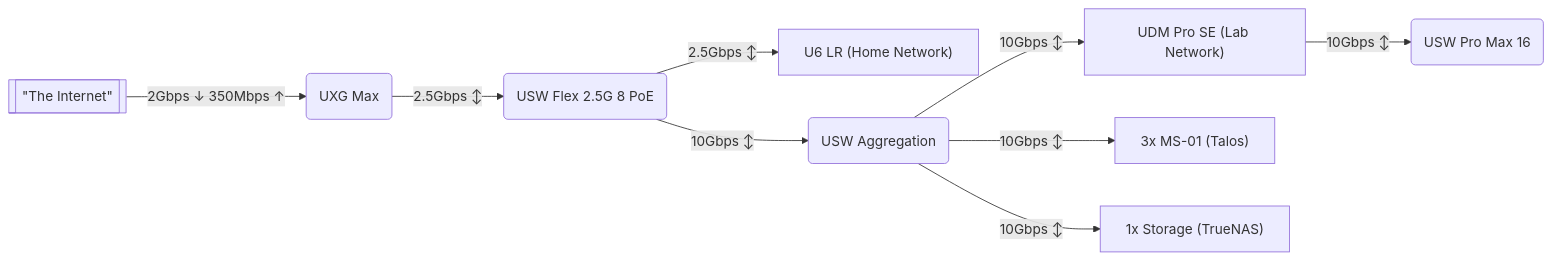
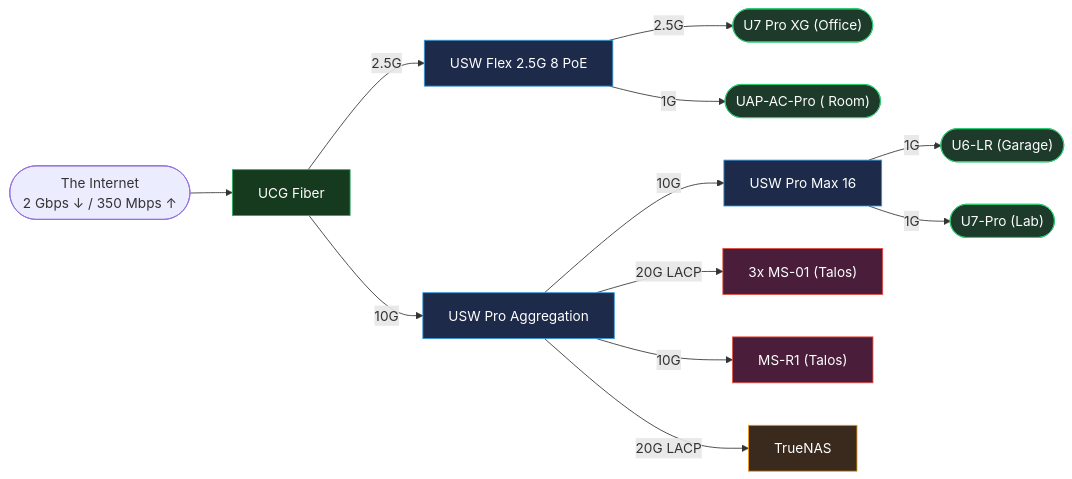
The diagram in README.md (waifulabs/infrastructure), drawn with Mermaid before and after one commit.

````diff
--- a/README.md
+++ b/README.md
@@ -73,11 +73,25 @@
 ```mermaid
 flowchart LR
-    A[["#quot;The Internet#quot;"]] -- 2Gbps ↓ 350Mbps  ↑ --> B("UXG Max");
-    B -- 2.5Gbps ↕ --> C("USW Flex 2.5G 8 PoE")
-    C -- 2.5Gbps ↕ --> D["U6 LR (Home Network)"]
-    C -- 10Gbps ↕ --> E("USW Aggregation")
-    E -- 10Gbps ↕ --> F["UDM Pro SE (Lab Network)"]
-    F -- 10Gbps ↕ --> G("USW Pro Max 16")
-    E -- 10Gbps ↕ --> H["3x MS-01 (Talos)"]
-    E -- 10Gbps ↕ --> I["1x Storage (TrueNAS)"]
+    classDef gateway fill:#163a1e,stroke:#27ae60,color:#fff
+    classDef switch fill:#1e2a4a,stroke:#3498db,color:#fff
+    classDef compute fill:#4a1e3a,stroke:#e74c3c,color:#fff
+    classDef storage fill:#3a2a1e,stroke:#f39c12,color:#fff
+    classDef ap fill:#1e3a2a,stroke:#2ecc71,color:#fff
+
+    Internet(["The Internet\n2 Gbps ↓ / 350 Mbps ↑"])
+
+    Internet --> UCG["UCG Fiber"]:::gateway
+    UCG -- 2.5G --> FLEX["USW Flex 2.5G 8 PoE"]:::switch
+    UCG -- 10G --> AGG["USW Pro Aggregation"]:::switch
+
+    FLEX -- 2.5G --> U7XG(["U7 Pro XG (Office)"]):::ap
+    FLEX -- 1G --> UAPAC(["UAP-AC-Pro (  Room)"]):::ap
+
+    AGG -- 10G --> MAX["USW Pro Max 16"]:::switch
+    AGG -- 20G LACP --> MS01["3x MS-01 (Talos)"]:::compute
+    AGG -- 10G --> MSR1["MS-R1 (Talos)"]:::compute
+    AGG -- 20G LACP --> TN["TrueNAS"]:::storage
+
+    MAX -- 1G --> U6LR(["U6-LR (Garage)"]):::ap
+    MAX -- 1G --> U7PRO(["U7-Pro (Lab)"]):::ap
 ```
````
